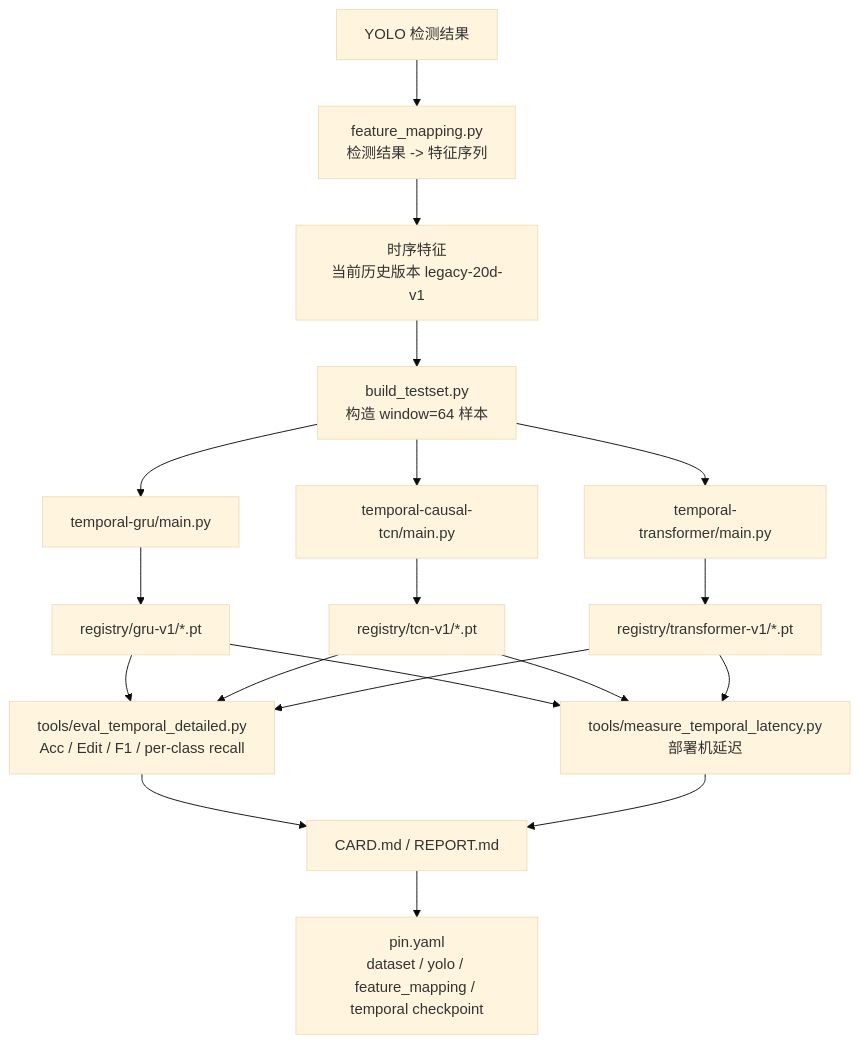
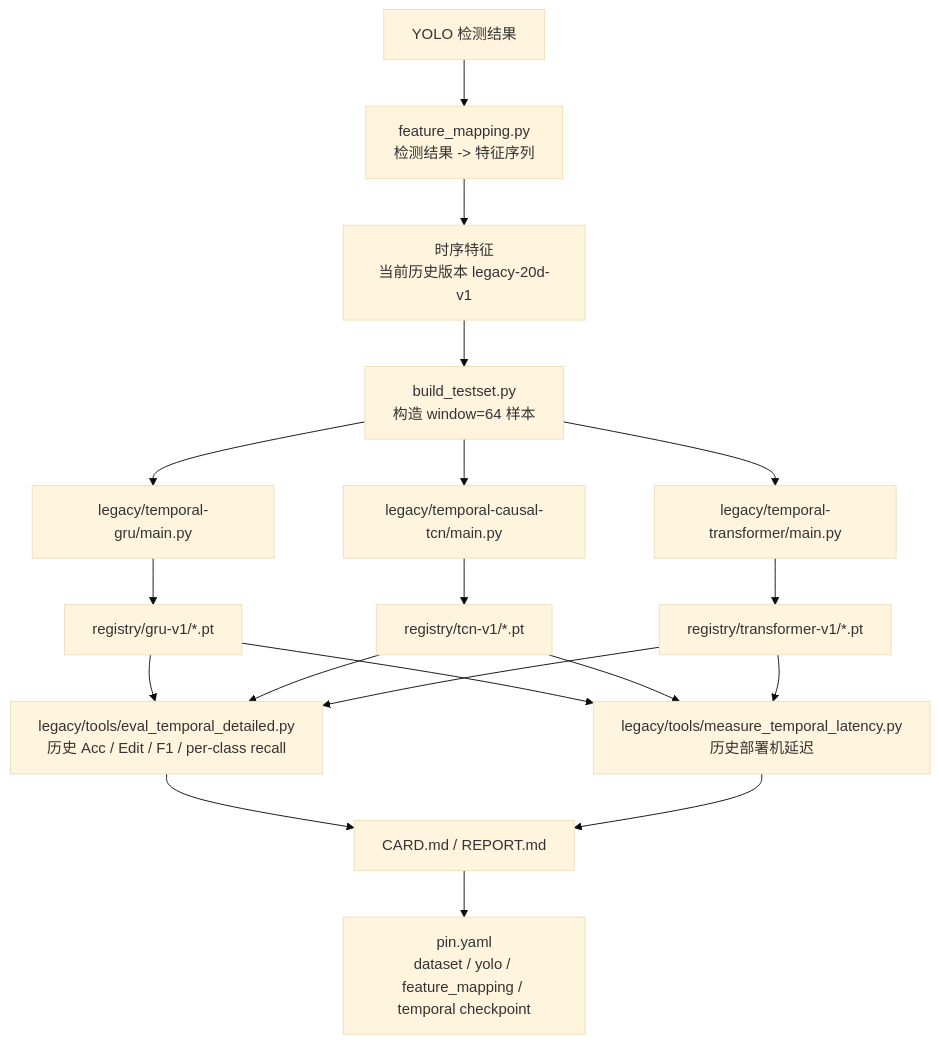
One commit to siu7u/Cleansight_models changed the fourth of 6 diagrams in docs/PROJECT_FLOW.md. Above: the diagram before and after it, drawn with Mermaid (base theme). The commit also changed other lines of this file and 129 other files, not shown here.

````diff
--- a/docs/PROJECT_FLOW.md
+++ b/docs/PROJECT_FLOW.md
@@ -124,26 +126,26 @@
 ```mermaid
 flowchart TD
     A[YOLO 检测结果] --> B[feature_mapping.py<br/>检测结果 -> 特征序列]
     B --> C[时序特征<br/>当前历史版本 legacy-20d-v1]
     C --> D[build_testset.py<br/>构造 window=64 样本]
 
-    D --> E1[temporal-gru/main.py]
-    D --> E2[temporal-causal-tcn/main.py]
-    D --> E3[temporal-transformer/main.py]
+    D --> E1[legacy/temporal-gru/main.py]
+    D --> E2[legacy/temporal-causal-tcn/main.py]
+    D --> E3[legacy/temporal-transformer/main.py]
 
     E1 --> F1[registry/gru-v1/*.pt]
     E2 --> F2[registry/tcn-v1/*.pt]
     E3 --> F3[registry/transformer-v1/*.pt]
 
-    F1 --> G[tools/eval_temporal_detailed.py<br/>Acc / Edit / F1 / per-class recall]
+    F1 --> G[legacy/tools/eval_temporal_detailed.py<br/>历史 Acc / Edit / F1 / per-class recall]
     F2 --> G
     F3 --> G
 
-    F1 --> H[tools/measure_temporal_latency.py<br/>部署机延迟]
+    F1 --> H[legacy/tools/measure_temporal_latency.py<br/>历史部署机延迟]
     F2 --> H
     F3 --> H
 
     G --> I[CARD.md / REPORT.md]
     H --> I
     I --> J[pin.yaml<br/>dataset / yolo / feature_mapping / temporal checkpoint]
 ```
````
